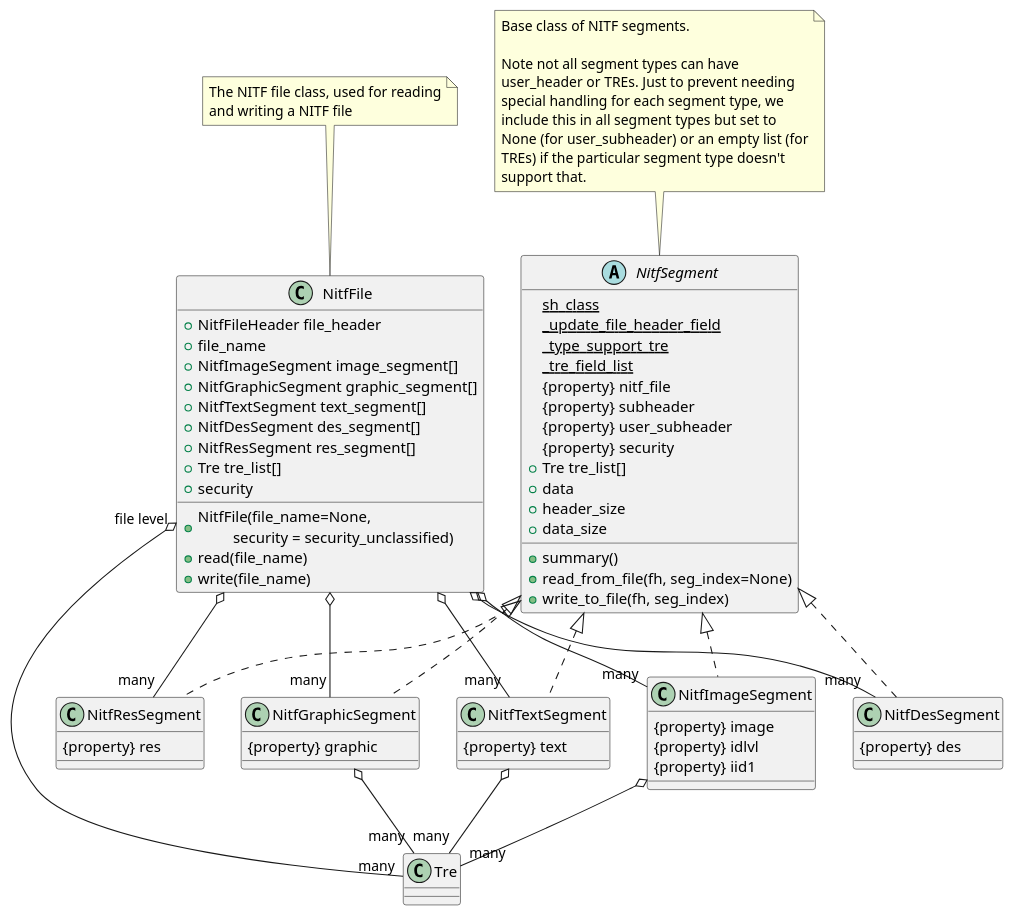
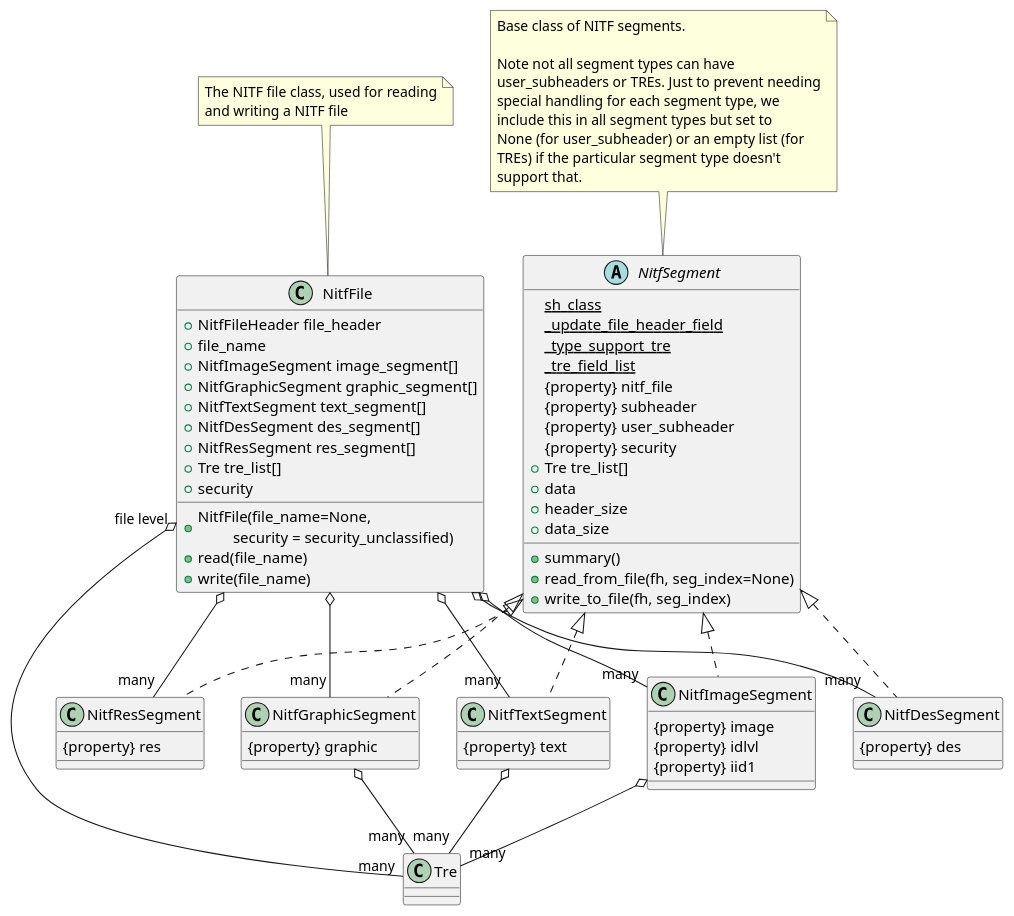
The first of 6 diagrams in doc/nitf_file.rst (Cartography-jpl/pynitf), drawn with PlantUML before and after one commit. The commit also changed 7 other files, not shown here.

```diff
--- a/doc/nitf_file.rst
+++ b/doc/nitf_file.rst
@@ -54,7 +54,7 @@
       Base class of NITF segments.
 
       Note not all segment types can have
-      user_header or TREs. Just to prevent needing
+      user_subheaders or TREs. Just to prevent needing
       special handling for each segment type, we
       include this in all segment types but set to
       None (for user_subheader) or an empty list (for
```
